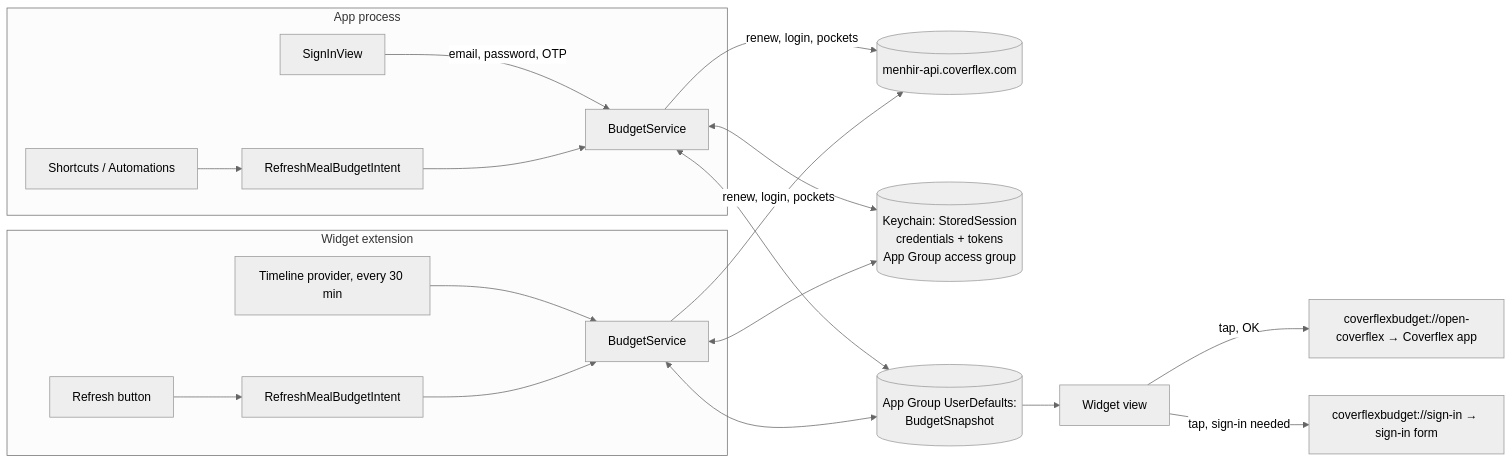
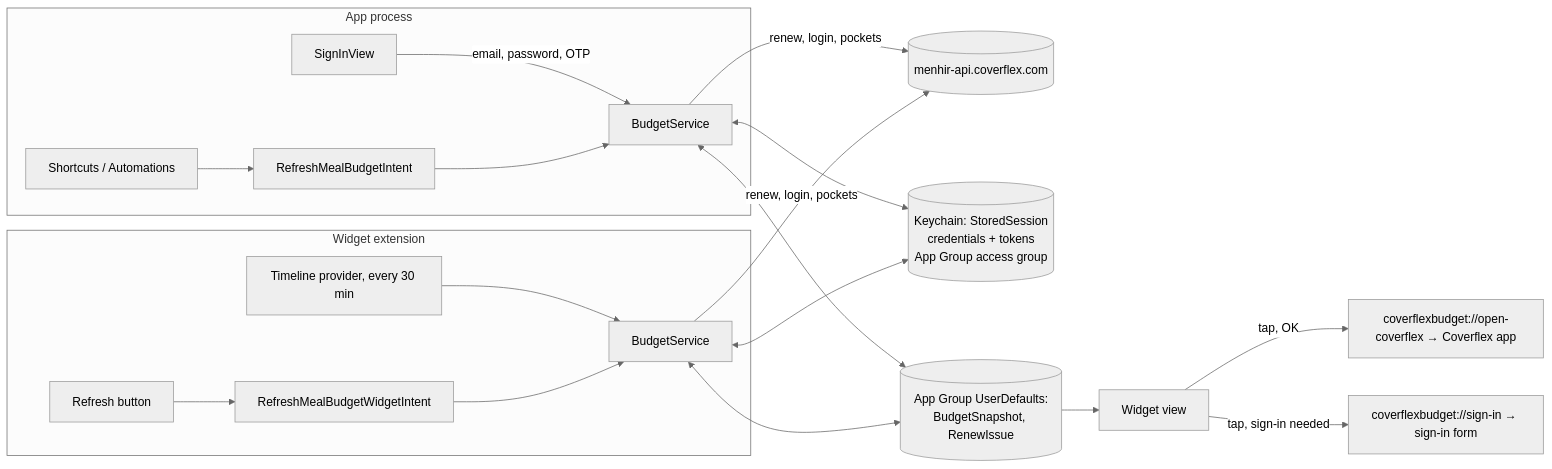
Before and after one commit to gmcabrita/coverflex-meal-budget-ios-widget: the diagram in README.md, drawn with Mermaid (neutral theme). The commit also changed other lines of this file and 14 other files, not shown here.

````diff
--- a/README.md
+++ b/README.md
@@ -22,19 +25,19 @@
 ```mermaid
 flowchart LR
   subgraph App process
     SignIn[SignInView] -->|email, password, OTP| Service1[BudgetService]
     Shortcut[Shortcuts / Automations] --> Intent1[RefreshMealBudgetIntent]
     Intent1 --> Service1
   end
   subgraph Widget extension
     Timeline[Timeline provider, every 30 min] --> Service2[BudgetService]
-    Button[Refresh button] --> Intent2[RefreshMealBudgetIntent]
+    Button[Refresh button] --> Intent2[RefreshMealBudgetWidgetIntent]
     Intent2 --> Service2
   end
   Service1 & Service2 -->|renew, login, pockets| API[(menhir-api.coverflex.com)]
   Service1 & Service2 <--> KC[(Keychain: StoredSession<br/>credentials + tokens<br/>App Group access group)]
-  Service1 & Service2 <--> UD[(App Group UserDefaults:<br/>BudgetSnapshot)]
+  Service1 & Service2 <--> UD[(App Group UserDefaults:<br/>BudgetSnapshot, RenewIssue)]
   UD --> View[Widget view]
   View -->|tap, OK| App1[coverflexbudget://open-coverflex → Coverflex app]
   View -->|tap, sign-in needed| App2[coverflexbudget://sign-in → sign-in form]
 ```
````
